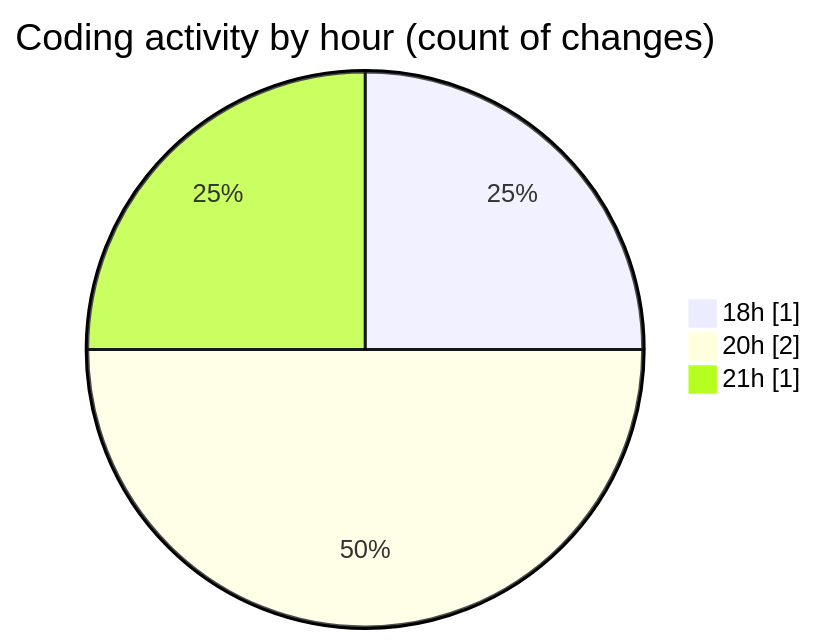
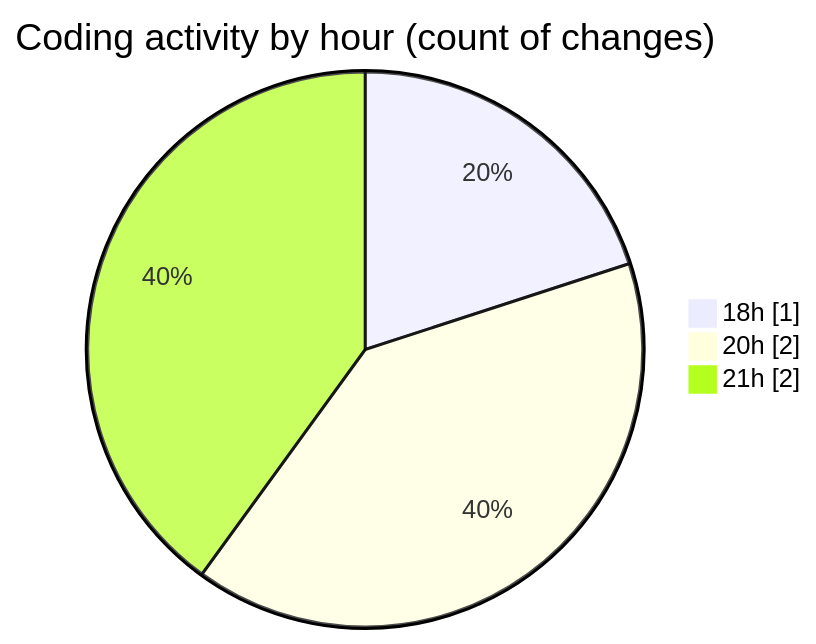
The second of 2 diagrams in 2025-02-27/project1/README.md (NitaiMahat/code-tracking), drawn with Mermaid before and after one commit. The commit also changed other lines of this file and 1 other file, not shown here.

````diff
--- a/2025-02-27/project1/README.md
+++ b/2025-02-27/project1/README.md
@@ -28,7 +28,7 @@
 ```mermaid
 pie showData
 title Coding activity by hour (count of changes)
 "18h" : 1
 "20h" : 2
-"21h" : 1
+"21h" : 2
 ```
````
